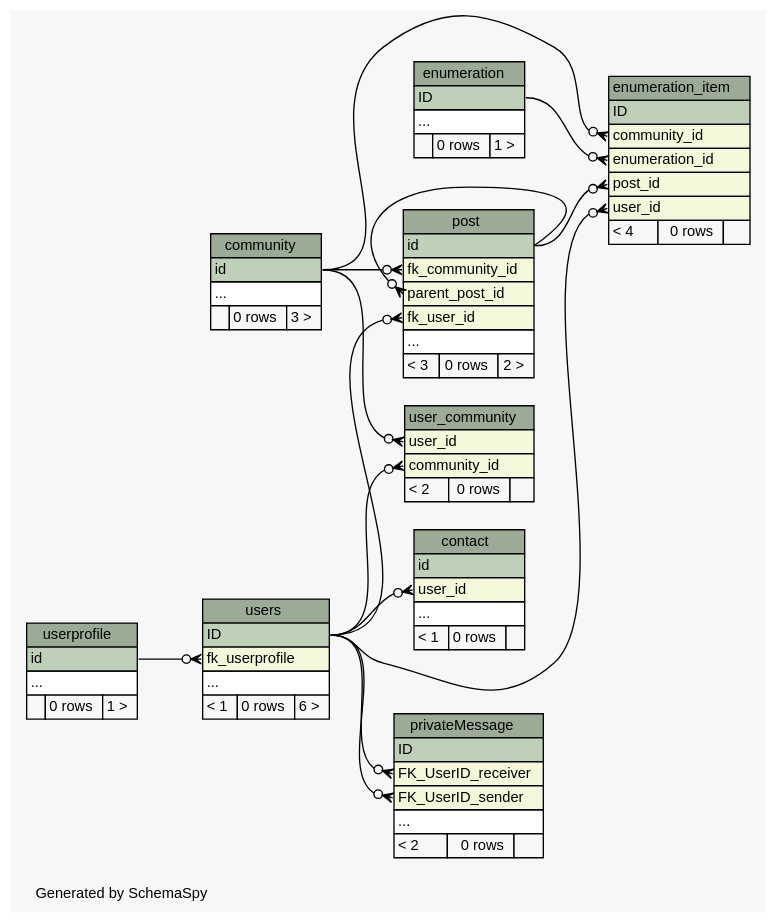
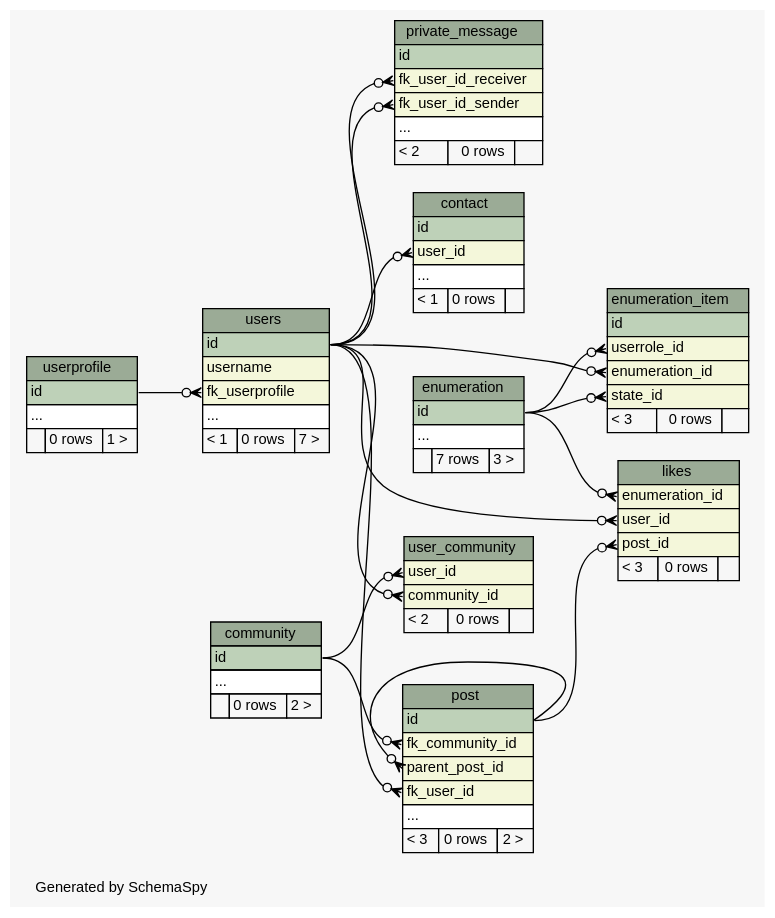
One commit to chr-krenn/chr-krenn-fhj-ws2017-sd17-pse changed the diagram in doc/db_schema/diagrams/summary/relationships.real.compact.dot. Above: the diagram before and after it, drawn with Graphviz. The commit also changed 65 other files, not shown here.

```diff
--- a/doc/db_schema/diagrams/summary/relationships.real.compact.dot
+++ b/doc/db_schema/diagrams/summary/relationships.real.compact.dot
@@ -1,144 +1,158 @@
 // dot 2.40.1 on Linux 4.12.5-300.fc26.x86_64
 // SchemaSpy rev 590
 digraph "compactRelationshipsDiagram" {
   graph [
     rankdir="RL"
     bgcolor="#f7f7f7"
     label="\nGenerated by SchemaSpy"
     labeljust="l"
     nodesep="0.18"
     ranksep="0.46"
     fontname="Helvetica"
     fontsize="11"
   ];
   node [
     fontname="Helvetica"
     fontsize="11"
     shape="plaintext"
   ];
   edge [
     arrowsize="0.8"
   ];
   "community" [
     label=<
     <TABLE BORDER="0" CELLBORDER="1" CELLSPACING="0" BGCOLOR="#ffffff">
       <TR><TD COLSPAN="3" BGCOLOR="#9bab96" ALIGN="CENTER">community</TD></TR>
       <TR><TD PORT="id" COLSPAN="3" BGCOLOR="#bed1b8" ALIGN="LEFT">id</TD></TR>
       <TR><TD PORT="elipses" COLSPAN="3" ALIGN="LEFT">...</TD></TR>
-      <TR><TD ALIGN="LEFT" BGCOLOR="#f7f7f7">  </TD><TD ALIGN="RIGHT" BGCOLOR="#f7f7f7">0 rows</TD><TD ALIGN="RIGHT" BGCOLOR="#f7f7f7">3 &gt;</TD></TR>
+      <TR><TD ALIGN="LEFT" BGCOLOR="#f7f7f7">  </TD><TD ALIGN="RIGHT" BGCOLOR="#f7f7f7">0 rows</TD><TD ALIGN="RIGHT" BGCOLOR="#f7f7f7">2 &gt;</TD></TR>
     </TABLE>>
     URL="tables/community.html"
     tooltip="community"
   ];
   "contact" [
     label=<
     <TABLE BORDER="0" CELLBORDER="1" CELLSPACING="0" BGCOLOR="#ffffff">
       <TR><TD COLSPAN="3" BGCOLOR="#9bab96" ALIGN="CENTER">contact</TD></TR>
       <TR><TD PORT="id" COLSPAN="3" BGCOLOR="#bed1b8" ALIGN="LEFT">id</TD></TR>
       <TR><TD PORT="user_id" COLSPAN="3" BGCOLOR="#f4f7da" ALIGN="LEFT">user_id</TD></TR>
       <TR><TD PORT="elipses" COLSPAN="3" ALIGN="LEFT">...</TD></TR>
       <TR><TD ALIGN="LEFT" BGCOLOR="#f7f7f7">&lt; 1</TD><TD ALIGN="RIGHT" BGCOLOR="#f7f7f7">0 rows</TD><TD ALIGN="RIGHT" BGCOLOR="#f7f7f7">  </TD></TR>
     </TABLE>>
     URL="tables/contact.html"
     tooltip="contact"
   ];
   "enumeration" [
     label=<
     <TABLE BORDER="0" CELLBORDER="1" CELLSPACING="0" BGCOLOR="#ffffff">
       <TR><TD COLSPAN="3" BGCOLOR="#9bab96" ALIGN="CENTER">enumeration</TD></TR>
-      <TR><TD PORT="ID" COLSPAN="3" BGCOLOR="#bed1b8" ALIGN="LEFT">ID</TD></TR>
+      <TR><TD PORT="id" COLSPAN="3" BGCOLOR="#bed1b8" ALIGN="LEFT">id</TD></TR>
       <TR><TD PORT="elipses" COLSPAN="3" ALIGN="LEFT">...</TD></TR>
-      <TR><TD ALIGN="LEFT" BGCOLOR="#f7f7f7">  </TD><TD ALIGN="RIGHT" BGCOLOR="#f7f7f7">0 rows</TD><TD ALIGN="RIGHT" BGCOLOR="#f7f7f7">1 &gt;</TD></TR>
+      <TR><TD ALIGN="LEFT" BGCOLOR="#f7f7f7">  </TD><TD ALIGN="RIGHT" BGCOLOR="#f7f7f7">7 rows</TD><TD ALIGN="RIGHT" BGCOLOR="#f7f7f7">3 &gt;</TD></TR>
     </TABLE>>
     URL="tables/enumeration.html"
     tooltip="enumeration"
   ];
   "enumeration_item" [
     label=<
     <TABLE BORDER="0" CELLBORDER="1" CELLSPACING="0" BGCOLOR="#ffffff">
       <TR><TD COLSPAN="3" BGCOLOR="#9bab96" ALIGN="CENTER">enumeration_item</TD></TR>
-      <TR><TD PORT="ID" COLSPAN="3" BGCOLOR="#bed1b8" ALIGN="LEFT">ID</TD></TR>
-      <TR><TD PORT="community_id" COLSPAN="3" BGCOLOR="#f4f7da" ALIGN="LEFT">community_id</TD></TR>
+      <TR><TD PORT="id" COLSPAN="3" BGCOLOR="#bed1b8" ALIGN="LEFT">id</TD></TR>
+      <TR><TD PORT="userrole_id" COLSPAN="3" BGCOLOR="#f4f7da" ALIGN="LEFT">userrole_id</TD></TR>
       <TR><TD PORT="enumeration_id" COLSPAN="3" BGCOLOR="#f4f7da" ALIGN="LEFT">enumeration_id</TD></TR>
-      <TR><TD PORT="post_id" COLSPAN="3" BGCOLOR="#f4f7da" ALIGN="LEFT">post_id</TD></TR>
-      <TR><TD PORT="user_id" COLSPAN="3" BGCOLOR="#f4f7da" ALIGN="LEFT">user_id</TD></TR>
-      <TR><TD ALIGN="LEFT" BGCOLOR="#f7f7f7">&lt; 4</TD><TD ALIGN="RIGHT" BGCOLOR="#f7f7f7">0 rows</TD><TD ALIGN="RIGHT" BGCOLOR="#f7f7f7">  </TD></TR>
+      <TR><TD PORT="state_id" COLSPAN="3" BGCOLOR="#f4f7da" ALIGN="LEFT">state_id</TD></TR>
+      <TR><TD ALIGN="LEFT" BGCOLOR="#f7f7f7">&lt; 3</TD><TD ALIGN="RIGHT" BGCOLOR="#f7f7f7">0 rows</TD><TD ALIGN="RIGHT" BGCOLOR="#f7f7f7">  </TD></TR>
     </TABLE>>
     URL="tables/enumeration_item.html"
     tooltip="enumeration_item"
+  ];
+  "likes" [
+    label=<
+    <TABLE BORDER="0" CELLBORDER="1" CELLSPACING="0" BGCOLOR="#ffffff">
+      <TR><TD COLSPAN="3" BGCOLOR="#9bab96" ALIGN="CENTER">likes</TD></TR>
+      <TR><TD PORT="enumeration_id" COLSPAN="3" BGCOLOR="#f4f7da" ALIGN="LEFT">enumeration_id</TD></TR>
+      <TR><TD PORT="user_id" COLSPAN="3" BGCOLOR="#f4f7da" ALIGN="LEFT">user_id</TD></TR>
+      <TR><TD PORT="post_id" COLSPAN="3" BGCOLOR="#f4f7da" ALIGN="LEFT">post_id</TD></TR>
+      <TR><TD ALIGN="LEFT" BGCOLOR="#f7f7f7">&lt; 3</TD><TD ALIGN="RIGHT" BGCOLOR="#f7f7f7">0 rows</TD><TD ALIGN="RIGHT" BGCOLOR="#f7f7f7">  </TD></TR>
+    </TABLE>>
+    URL="tables/likes.html"
+    tooltip="likes"
   ];
   "post" [
     label=<
     <TABLE BORDER="0" CELLBORDER="1" CELLSPACING="0" BGCOLOR="#ffffff">
       <TR><TD COLSPAN="3" BGCOLOR="#9bab96" ALIGN="CENTER">post</TD></TR>
       <TR><TD PORT="id" COLSPAN="3" BGCOLOR="#bed1b8" ALIGN="LEFT">id</TD></TR>
       <TR><TD PORT="fk_community_id" COLSPAN="3" BGCOLOR="#f4f7da" ALIGN="LEFT">fk_community_id</TD></TR>
       <TR><TD PORT="parent_post_id" COLSPAN="3" BGCOLOR="#f4f7da" ALIGN="LEFT">parent_post_id</TD></TR>
       <TR><TD PORT="fk_user_id" COLSPAN="3" BGCOLOR="#f4f7da" ALIGN="LEFT">fk_user_id</TD></TR>
       <TR><TD PORT="elipses" COLSPAN="3" ALIGN="LEFT">...</TD></TR>
       <TR><TD ALIGN="LEFT" BGCOLOR="#f7f7f7">&lt; 3</TD><TD ALIGN="RIGHT" BGCOLOR="#f7f7f7">0 rows</TD><TD ALIGN="RIGHT" BGCOLOR="#f7f7f7">2 &gt;</TD></TR>
     </TABLE>>
     URL="tables/post.html"
     tooltip="post"
   ];
-  "privateMessage" [
+  "private_message" [
     label=<
     <TABLE BORDER="0" CELLBORDER="1" CELLSPACING="0" BGCOLOR="#ffffff">
-      <TR><TD COLSPAN="3" BGCOLOR="#9bab96" ALIGN="CENTER">privateMessage</TD></TR>
-      <TR><TD PORT="ID" COLSPAN="3" BGCOLOR="#bed1b8" ALIGN="LEFT">ID</TD></TR>
-      <TR><TD PORT="FK_UserID_receiver" COLSPAN="3" BGCOLOR="#f4f7da" ALIGN="LEFT">FK_UserID_receiver</TD></TR>
-      <TR><TD PORT="FK_UserID_sender" COLSPAN="3" BGCOLOR="#f4f7da" ALIGN="LEFT">FK_UserID_sender</TD></TR>
+      <TR><TD COLSPAN="3" BGCOLOR="#9bab96" ALIGN="CENTER">private_message</TD></TR>
+      <TR><TD PORT="id" COLSPAN="3" BGCOLOR="#bed1b8" ALIGN="LEFT">id</TD></TR>
+      <TR><TD PORT="fk_user_id_receiver" COLSPAN="3" BGCOLOR="#f4f7da" ALIGN="LEFT">fk_user_id_receiver</TD></TR>
+      <TR><TD PORT="fk_user_id_sender" COLSPAN="3" BGCOLOR="#f4f7da" ALIGN="LEFT">fk_user_id_sender</TD></TR>
       <TR><TD PORT="elipses" COLSPAN="3" ALIGN="LEFT">...</TD></TR>
       <TR><TD ALIGN="LEFT" BGCOLOR="#f7f7f7">&lt; 2</TD><TD ALIGN="RIGHT" BGCOLOR="#f7f7f7">0 rows</TD><TD ALIGN="RIGHT" BGCOLOR="#f7f7f7">  </TD></TR>
     </TABLE>>
-    URL="tables/privateMessage.html"
-    tooltip="privateMessage"
+    URL="tables/private_message.html"
+    tooltip="private_message"
   ];
   "user_community" [
     label=<
     <TABLE BORDER="0" CELLBORDER="1" CELLSPACING="0" BGCOLOR="#ffffff">
       <TR><TD COLSPAN="3" BGCOLOR="#9bab96" ALIGN="CENTER">user_community</TD></TR>
       <TR><TD PORT="user_id" COLSPAN="3" BGCOLOR="#f4f7da" ALIGN="LEFT">user_id</TD></TR>
       <TR><TD PORT="community_id" COLSPAN="3" BGCOLOR="#f4f7da" ALIGN="LEFT">community_id</TD></TR>
       <TR><TD ALIGN="LEFT" BGCOLOR="#f7f7f7">&lt; 2</TD><TD ALIGN="RIGHT" BGCOLOR="#f7f7f7">0 rows</TD><TD ALIGN="RIGHT" BGCOLOR="#f7f7f7">  </TD></TR>
     </TABLE>>
     URL="tables/user_community.html"
     tooltip="user_community"
   ];
   "userprofile" [
     label=<
     <TABLE BORDER="0" CELLBORDER="1" CELLSPACING="0" BGCOLOR="#ffffff">
       <TR><TD COLSPAN="3" BGCOLOR="#9bab96" ALIGN="CENTER">userprofile</TD></TR>
       <TR><TD PORT="id" COLSPAN="3" BGCOLOR="#bed1b8" ALIGN="LEFT">id</TD></TR>
       <TR><TD PORT="elipses" COLSPAN="3" ALIGN="LEFT">...</TD></TR>
       <TR><TD ALIGN="LEFT" BGCOLOR="#f7f7f7">  </TD><TD ALIGN="RIGHT" BGCOLOR="#f7f7f7">0 rows</TD><TD ALIGN="RIGHT" BGCOLOR="#f7f7f7">1 &gt;</TD></TR>
     </TABLE>>
     URL="tables/userprofile.html"
     tooltip="userprofile"
   ];
   "users" [
     label=<
     <TABLE BORDER="0" CELLBORDER="1" CELLSPACING="0" BGCOLOR="#ffffff">
       <TR><TD COLSPAN="3" BGCOLOR="#9bab96" ALIGN="CENTER">users</TD></TR>
-      <TR><TD PORT="ID" COLSPAN="3" BGCOLOR="#bed1b8" ALIGN="LEFT">ID</TD></TR>
+      <TR><TD PORT="id" COLSPAN="3" BGCOLOR="#bed1b8" ALIGN="LEFT">id</TD></TR>
+      <TR><TD PORT="username" COLSPAN="3" BGCOLOR="#f4f7da" ALIGN="LEFT">username</TD></TR>
       <TR><TD PORT="fk_userprofile" COLSPAN="3" BGCOLOR="#f4f7da" ALIGN="LEFT">fk_userprofile</TD></TR>
       <TR><TD PORT="elipses" COLSPAN="3" ALIGN="LEFT">...</TD></TR>
-      <TR><TD ALIGN="LEFT" BGCOLOR="#f7f7f7">&lt; 1</TD><TD ALIGN="RIGHT" BGCOLOR="#f7f7f7">0 rows</TD><TD ALIGN="RIGHT" BGCOLOR="#f7f7f7">6 &gt;</TD></TR>
+      <TR><TD ALIGN="LEFT" BGCOLOR="#f7f7f7">&lt; 1</TD><TD ALIGN="RIGHT" BGCOLOR="#f7f7f7">0 rows</TD><TD ALIGN="RIGHT" BGCOLOR="#f7f7f7">7 &gt;</TD></TR>
     </TABLE>>
     URL="tables/users.html"
     tooltip="users"
   ];
-  "contact":"user_id":w -> "users":"ID":e [arrowhead=none dir=back arrowtail=crowodot];
-  "enumeration_item":"community_id":w -> "community":"id":e [arrowhead=none dir=back arrowtail=crowodot];
-  "enumeration_item":"enumeration_id":w -> "enumeration":"ID":e [arrowhead=none dir=back arrowtail=crowodot];
-  "enumeration_item":"post_id":w -> "post":"id":e [arrowhead=none dir=back arrowtail=crowodot];
-  "enumeration_item":"user_id":w -> "users":"ID":e [arrowhead=none dir=back arrowtail=crowodot];
+  "contact":"user_id":w -> "users":"id":e [arrowhead=none dir=back arrowtail=crowodot];
+  "enumeration_item":"enumeration_id":w -> "users":"id":e [arrowhead=none dir=back arrowtail=crowodot];
+  "enumeration_item":"state_id":w -> "enumeration":"id":e [arrowhead=none dir=back arrowtail=crowodot];
+  "enumeration_item":"userrole_id":w -> "enumeration":"id":e [arrowhead=none dir=back arrowtail=crowodot];
+  "likes":"enumeration_id":w -> "enumeration":"id":e [arrowhead=none dir=back arrowtail=crowodot];
+  "likes":"post_id":w -> "post":"id":e [arrowhead=none dir=back arrowtail=crowodot];
+  "likes":"user_id":w -> "users":"id":e [arrowhead=none dir=back arrowtail=crowodot];
   "post":"fk_community_id":w -> "community":"id":e [arrowhead=none dir=back arrowtail=crowodot];
-  "post":"fk_user_id":w -> "users":"ID":e [arrowhead=none dir=back arrowtail=crowodot];
+  "post":"fk_user_id":w -> "users":"id":e [arrowhead=none dir=back arrowtail=crowodot];
   "post":"parent_post_id":w -> "post":"id":e [arrowhead=none dir=back arrowtail=crowodot];
-  "privateMessage":"FK_UserID_receiver":w -> "users":"ID":e [arrowhead=none dir=back arrowtail=crowodot];
-  "privateMessage":"FK_UserID_sender":w -> "users":"ID":e [arrowhead=none dir=back arrowtail=crowodot];
-  "user_community":"community_id":w -> "users":"ID":e [arrowhead=none dir=back arrowtail=crowodot];
+  "private_message":"fk_user_id_receiver":w -> "users":"id":e [arrowhead=none dir=back arrowtail=crowodot];
+  "private_message":"fk_user_id_sender":w -> "users":"id":e [arrowhead=none dir=back arrowtail=crowodot];
+  "user_community":"community_id":w -> "users":"id":e [arrowhead=none dir=back arrowtail=crowodot];
   "user_community":"user_id":w -> "community":"id":e [arrowhead=none dir=back arrowtail=crowodot];
   "users":"fk_userprofile":w -> "userprofile":"id":e [arrowhead=none dir=back arrowtail=crowodot];
 }
```
